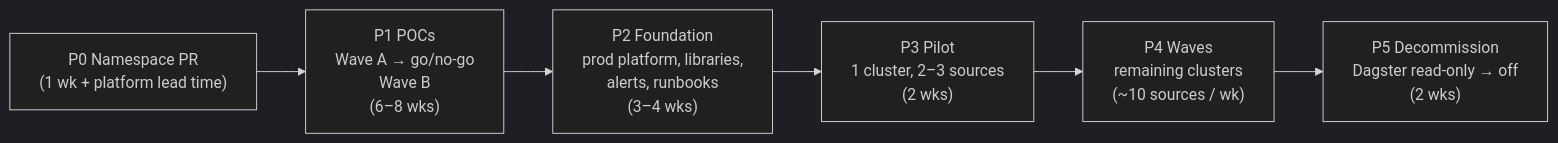
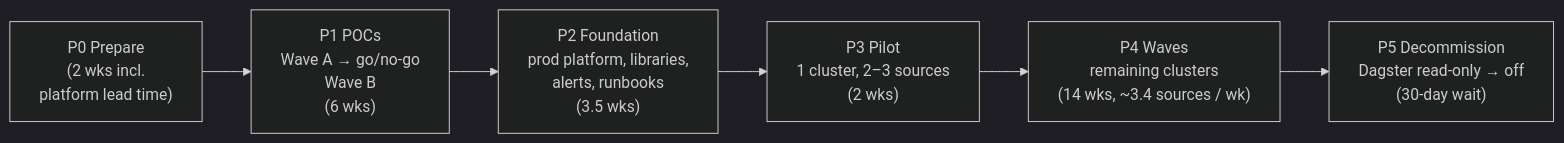
The seventh of 12 diagrams in docs/2-migration-plan.md (infroid/temporal-vs-dagster), drawn with Mermaid (dark theme) before and after one commit. The commit also changed other lines of this file and 3 other files, not shown here.

First line of the commit message:
Add effort and timeline estimates for every plan item (LLM-assisted)

````diff
--- a/docs/2-migration-plan.md
+++ b/docs/2-migration-plan.md
@@ -646,8 +649,8 @@
 ```mermaid
 flowchart LR
-  P0["P0 Namespace PR<br/>(1 wk + platform lead time)"] --> P1["P1 POCs<br/>Wave A → go/no-go<br/>Wave B<br/>(6–8 wks)"]
-  P1 --> P2["P2 Foundation<br/>prod platform, libraries,<br/>alerts, runbooks<br/>(3–4 wks)"]
+  P0["P0 Prepare<br/>(2 wks incl.<br/>platform lead time)"] --> P1["P1 POCs<br/>Wave A → go/no-go<br/>Wave B<br/>(6 wks)"]
+  P1 --> P2["P2 Foundation<br/>prod platform, libraries,<br/>alerts, runbooks<br/>(3.5 wks)"]
   P2 --> P3["P3 Pilot<br/>1 cluster, 2–3 sources<br/>(2 wks)"]
-  P3 --> P4["P4 Waves<br/>remaining clusters<br/>(~10 sources / wk)"]
-  P4 --> P5["P5 Decommission<br/>Dagster read-only → off<br/>(2 wks)"]
+  P3 --> P4["P4 Waves<br/>remaining clusters<br/>(14 wks, ~3.4 sources / wk)"]
+  P4 --> P5["P5 Decommission<br/>Dagster read-only → off<br/>(30-day wait)"]
 ```
````
